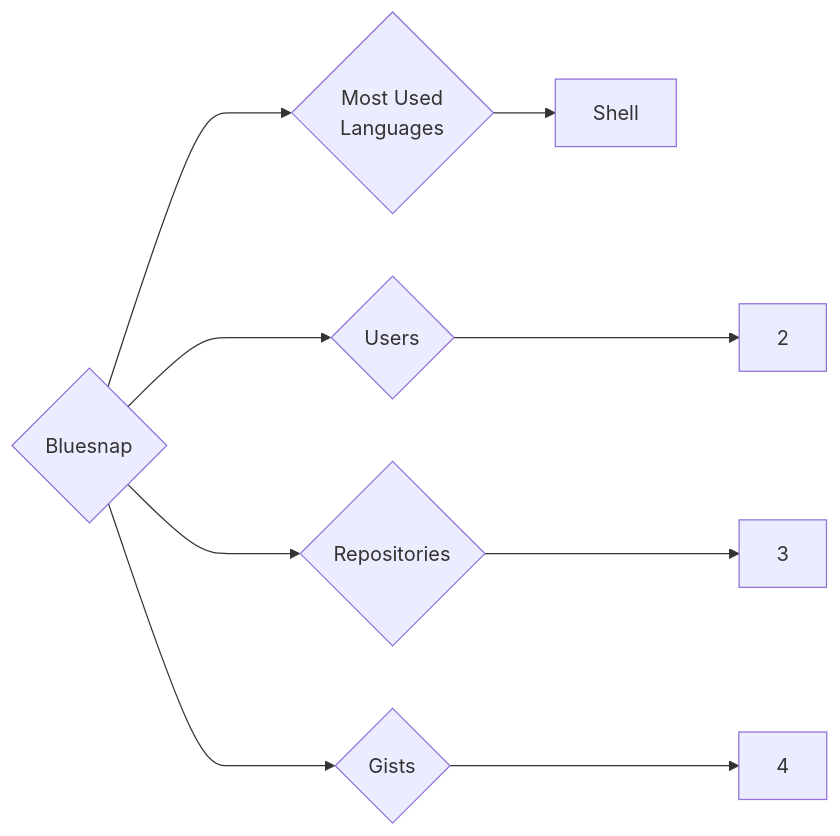
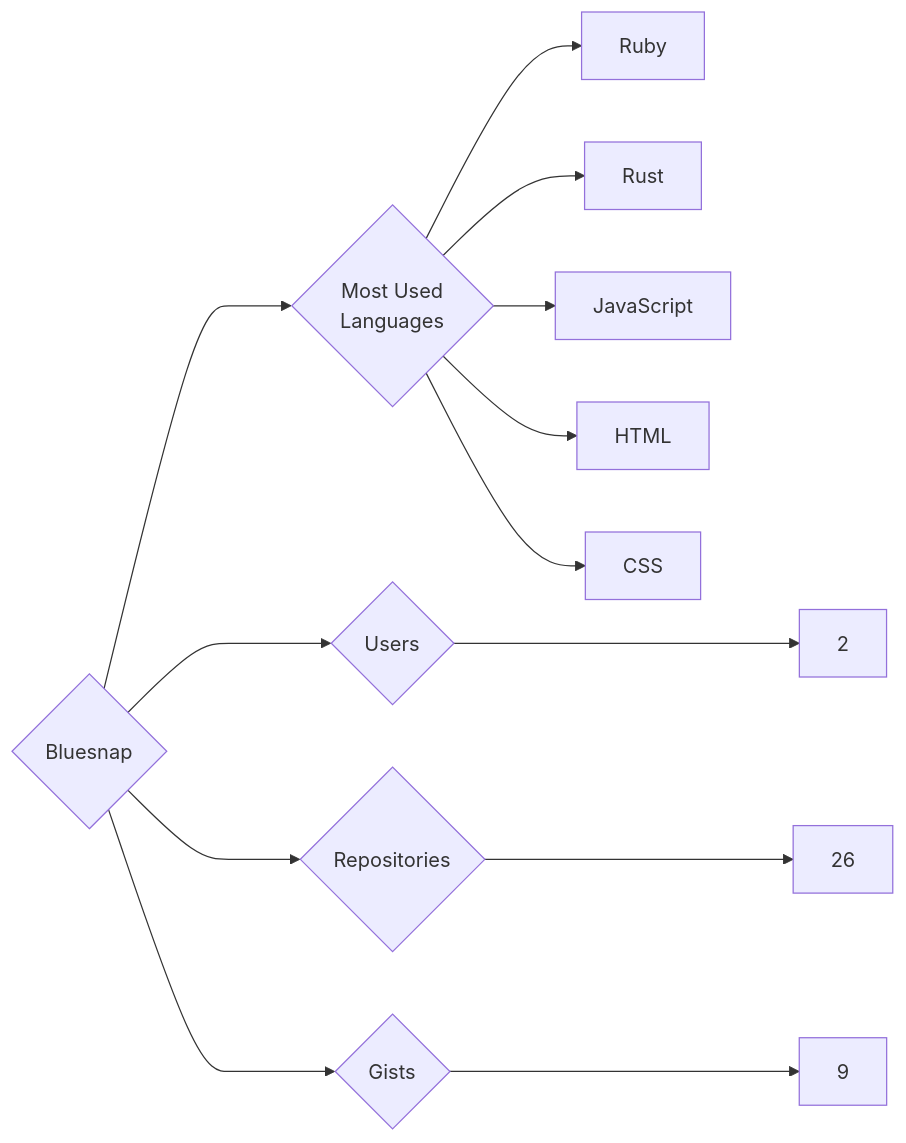
One commit to trickest/insiders changed the diagram in targets/Bluesnap/README.md. Above: the diagram before and after it, drawn with Mermaid. The commit also changed 1141 other files, not shown here.

````diff
--- a/targets/Bluesnap/README.md
+++ b/targets/Bluesnap/README.md
@@ -3,9 +3,13 @@
 ```mermaid
 graph LR
 COMPANY_NAME{Bluesnap}
 COMPANY_NAME ---> U{Users} ---> UN[2]
-COMPANY_NAME ---> R{Repositories} ---> RN[3]
-COMPANY_NAME ---> G{Gists} ---> GN[4]
+COMPANY_NAME ---> R{Repositories} ---> RN[26]
+COMPANY_NAME ---> G{Gists} ---> GN[9]
 COMPANY_NAME ---> ML{Most Used<br>Languages}
-ML --> Shell[Shell]
+ML --> Ruby[Ruby]
+ML --> Rust[Rust]
+ML --> JavaScript[JavaScript]
+ML --> HTML[HTML]
+ML --> CSS[CSS]
 ```
````
